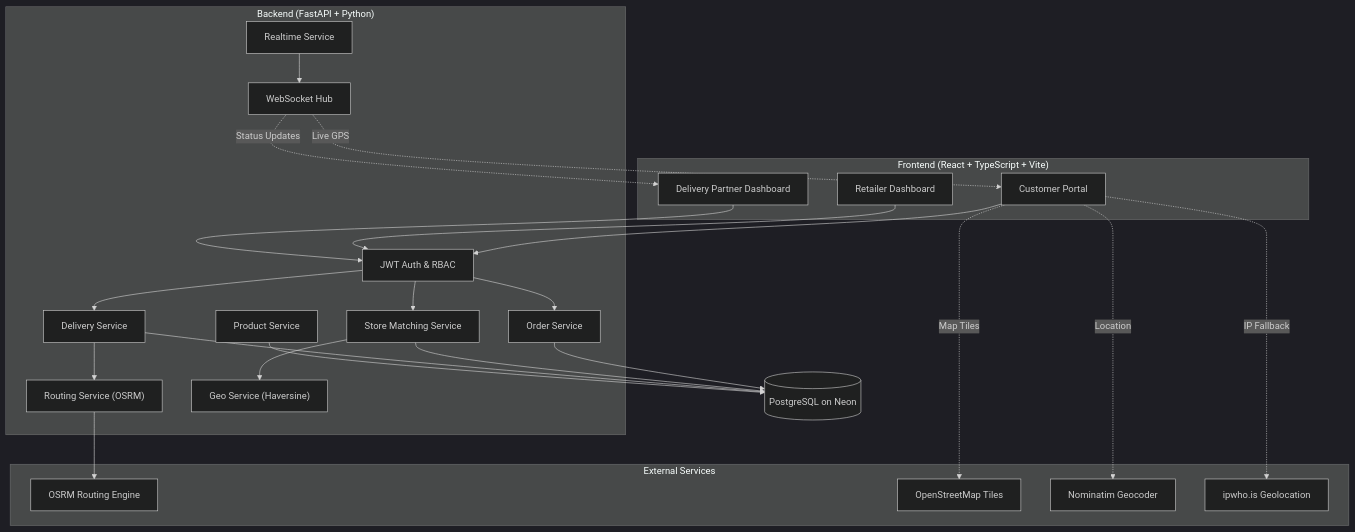
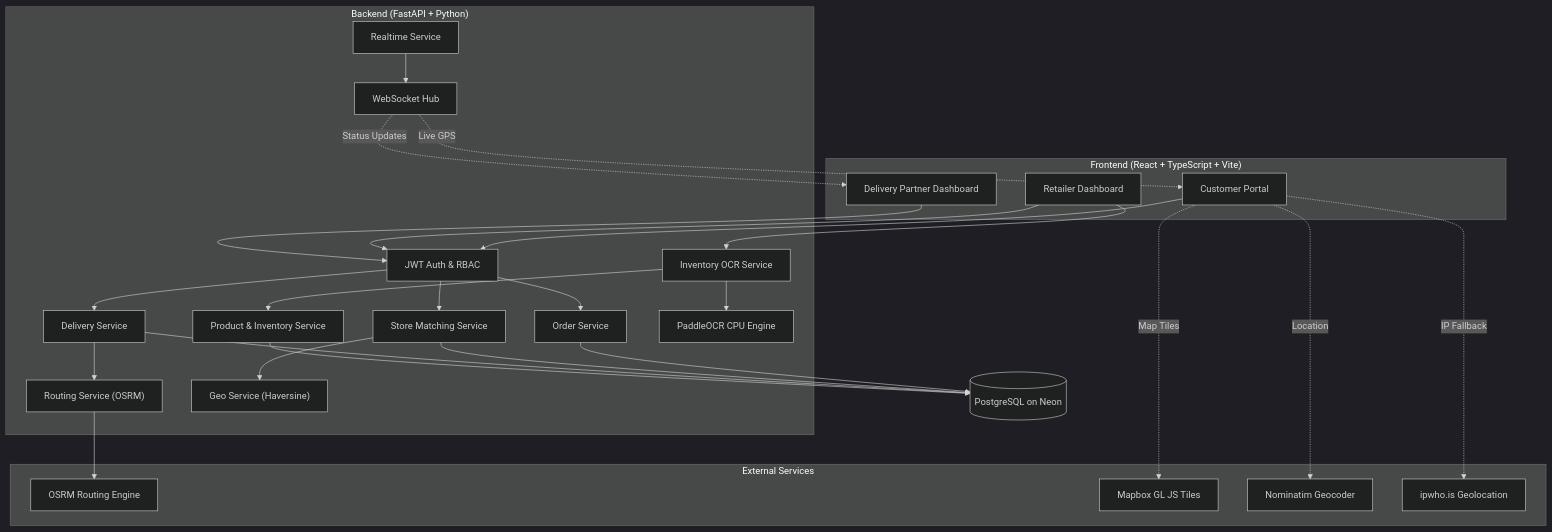
One commit to kapil31jangid/Dukaan2Door changed the first of 2 diagrams in README.md. Above: the diagram before and after it, drawn with Mermaid (dark theme). The commit also changed other lines of this file and 61 other files, not shown here.

````diff
--- a/README.md
+++ b/README.md
@@ -119,49 +122,54 @@
 ```mermaid
 flowchart TB
     subgraph Frontend["Frontend (React + TypeScript + Vite)"]
         Customer["Customer Portal"]
         Retailer["Retailer Dashboard"]
         Partner["Delivery Partner Dashboard"]
     end
 
     subgraph Backend["Backend (FastAPI + Python)"]
         Auth["JWT Auth & RBAC"]
         OrderSvc["Order Service"]
         MatchSvc["Store Matching Service"]
         DeliverySvc["Delivery Service"]
         RouteSvc["Routing Service (OSRM)"]
         GeoSvc["Geo Service (Haversine)"]
-        ProductSvc["Product Service"]
+        ProductSvc["Product & Inventory Service"]
+        OCRSvc["Inventory OCR Service"]
+        Paddle["PaddleOCR CPU Engine"]
         RealtimeSvc["Realtime Service"]
         WS["WebSocket Hub"]
     end
 
     subgraph External["External Services"]
         OSRM["OSRM Routing Engine"]
-        OSM["OpenStreetMap Tiles"]
+        Mapbox["Mapbox GL JS Tiles"]
         Nominatim["Nominatim Geocoder"]
         IPGeo["ipwho.is Geolocation"]
     end
 
     DB[("PostgreSQL on Neon")]
 
     Customer --> Auth
     Retailer --> Auth
     Partner --> Auth
     Auth --> OrderSvc
     Auth --> MatchSvc
     Auth --> DeliverySvc
     OrderSvc --> DB
     MatchSvc --> DB
     MatchSvc --> GeoSvc
     DeliverySvc --> DB
     DeliverySvc --> RouteSvc
     RouteSvc --> OSRM
     ProductSvc --> DB
+    Retailer --> OCRSvc
+    OCRSvc --> Paddle
+    OCRSvc --> ProductSvc
     RealtimeSvc --> WS
     WS -.->|"Live GPS"| Customer
     WS -.->|"Status Updates"| Partner
-    Customer -.->|"Map Tiles"| OSM
+    Customer -.->|"Map Tiles"| Mapbox
     Customer -.->|"Location"| Nominatim
     Customer -.->|"IP Fallback"| IPGeo
 ```
````
